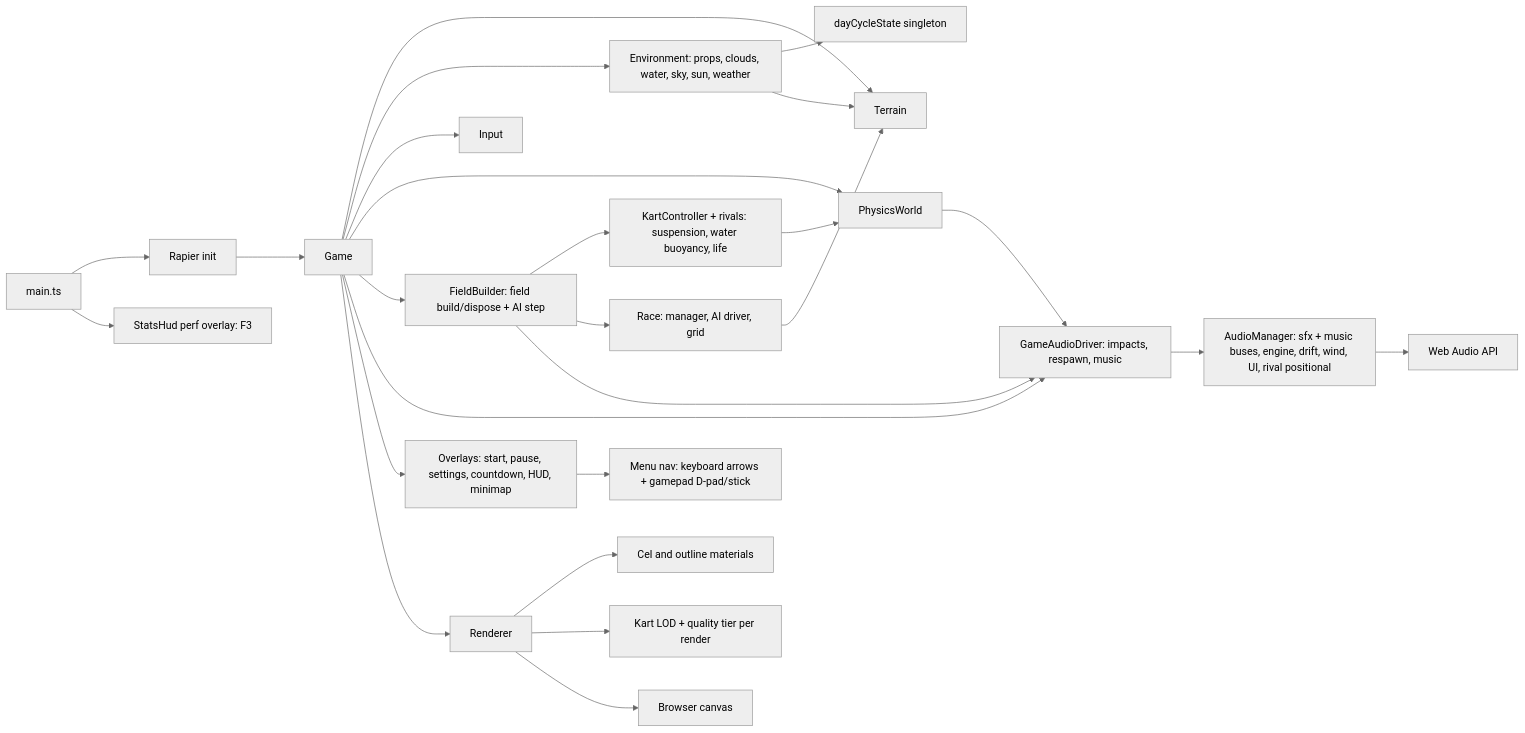
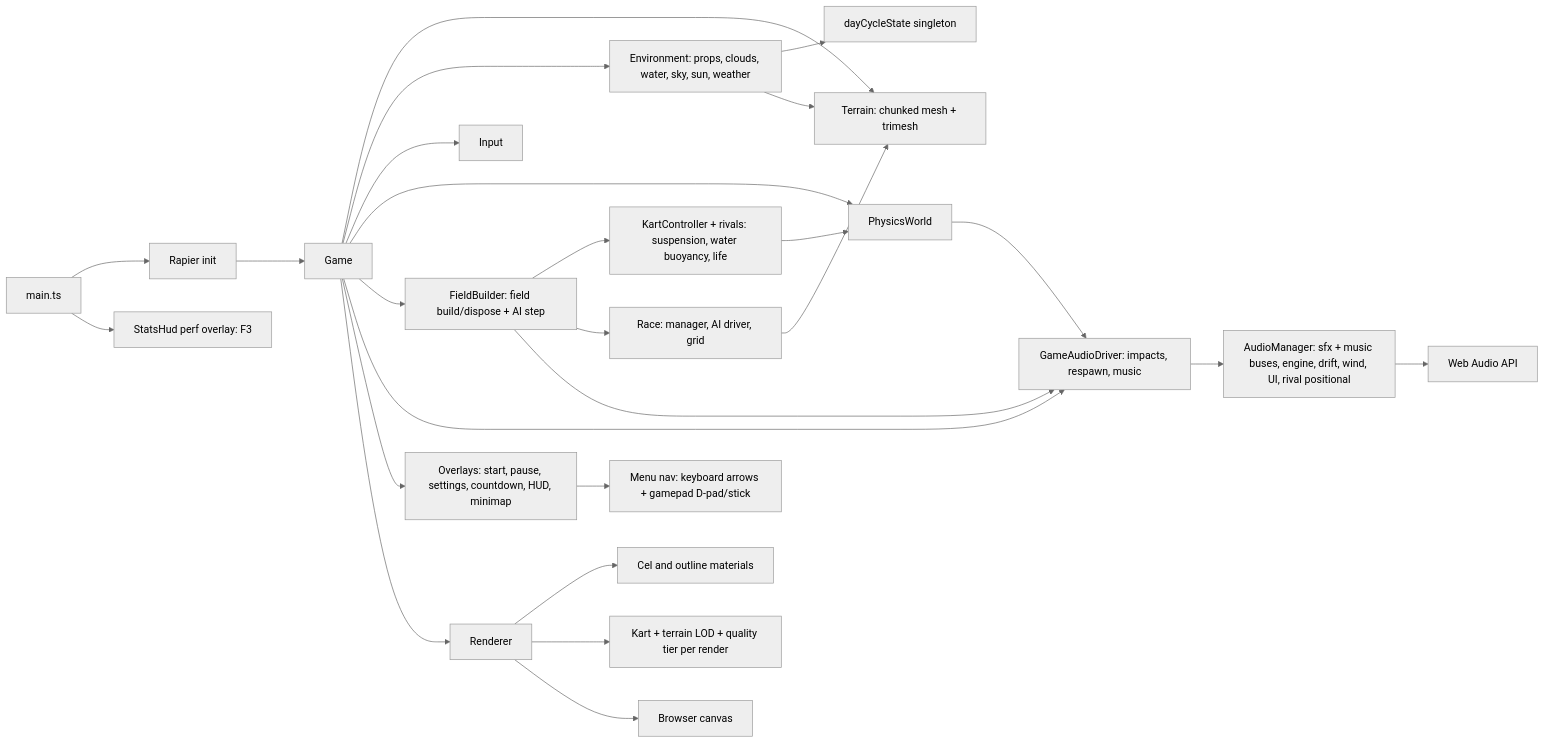
One commit to jjgroenendijk/cart-game changed the diagram in AGENTS.md. Above: the diagram before and after it, drawn with Mermaid (neutral theme). The commit also changed 18 other files, not shown here.

````diff
--- a/AGENTS.md
+++ b/AGENTS.md
@@ -23,28 +23,28 @@
 ```mermaid
 flowchart LR
   main[main.ts] --> rapier[Rapier init]
   rapier --> game[Game]
-  game --> terrain[Terrain]
+  game --> terrain[Terrain: chunked mesh + trimesh]
   game --> env[Environment: props, clouds, water, sky, sun, weather]
   env --> dayCycle[dayCycleState singleton]
   env --> terrain
   game --> input[Input]
   game --> physics[PhysicsWorld]
   game --> field[FieldBuilder: field build/dispose + AI step]
   field --> kart[KartController + rivals: suspension, water buoyancy, life]
   field --> race[Race: manager, AI driver, grid]
   kart --> physics
   race --> terrain
   game --> gameAudio[GameAudioDriver: impacts, respawn, music]
   field --> gameAudio
   physics --> gameAudio
   gameAudio --> audio[AudioManager: sfx + music buses, engine, drift, wind, UI, rival positional]
   audio --> webaudio[Web Audio API]
   game --> ui[Overlays: start, pause, settings, countdown, HUD, minimap]
   ui --> menuNav[Menu nav: keyboard arrows + gamepad D-pad/stick]
   game --> renderer[Renderer]
   renderer --> materials[Cel and outline materials]
-  renderer --> lod[Kart LOD + quality tier per render]
+  renderer --> lod[Kart + terrain LOD + quality tier per render]
   renderer --> canvas[Browser canvas]
   main --> statsHud[StatsHud perf overlay: F3]
 ```
````
